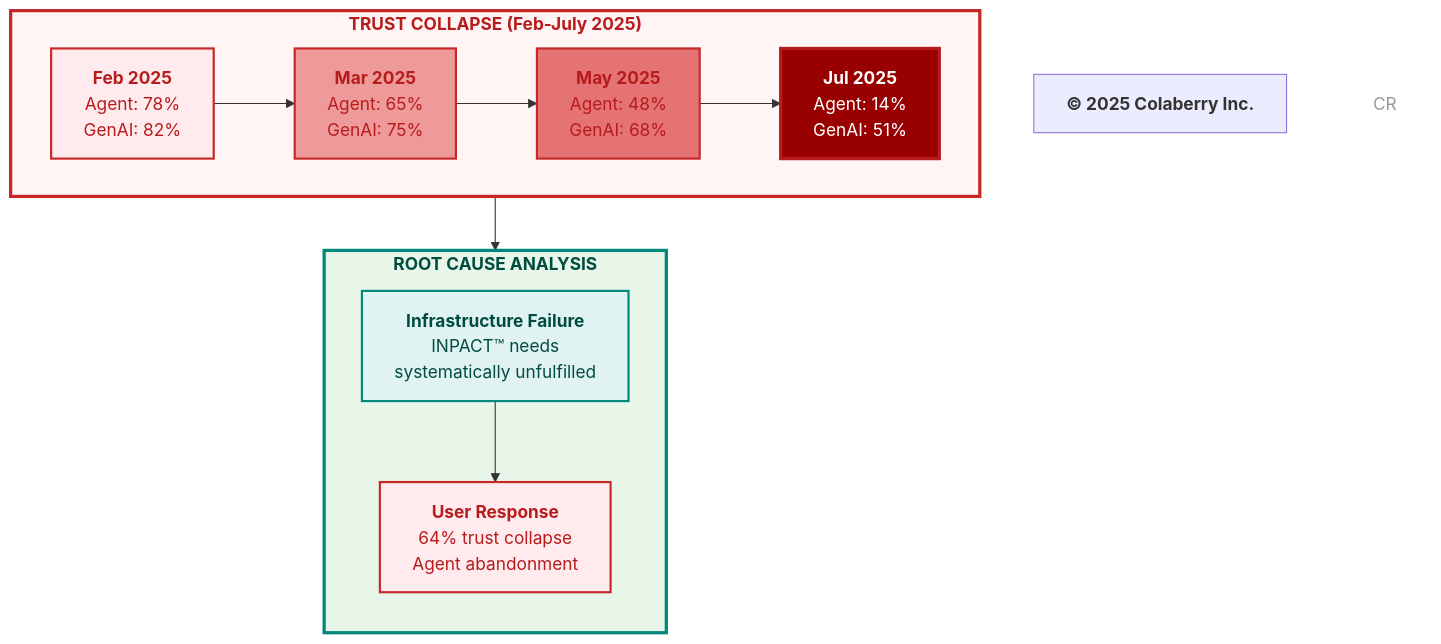
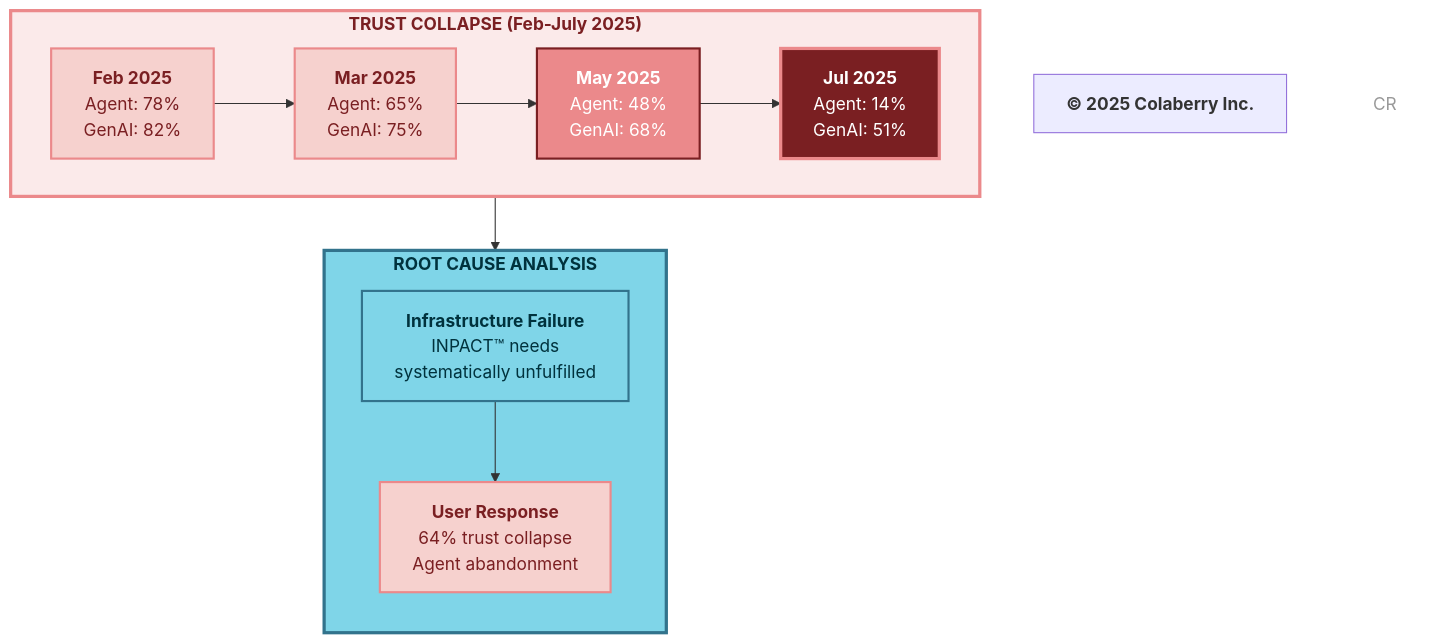
Before and after one commit to colaberry/trust-before-intelligence-book: the second of 6 diagrams in manuscript/02_chapter_1_why_agents_fail.md, drawn with Mermaid. The commit also changed other lines of this file, not shown here.

Commit message:
Update mermaid diagrams as per new coloberry color and contrast ratio for chapter 2

````diff
--- a/manuscript/02_chapter_1_why_agents_fail.md
+++ b/manuscript/02_chapter_1_why_agents_fail.md
@@ -133,41 +133,41 @@
 ```mermaid
 graph TB
     subgraph timeline["<b>TRUST COLLAPSE (Feb-July 2025)</b>"]
         direction LR
         
         FEB["<b>Feb 2025</b><br/>Agent: 78%<br/>GenAI: 82%"]
         
         MAR["<b>Mar 2025</b><br/>Agent: 65%<br/>GenAI: 75%"]
         
         MAY["<b>May 2025</b><br/>Agent: 48%<br/>GenAI: 68%"]
         
         JUL["<b>Jul 2025</b><br/>Agent: 14%<br/>GenAI: 51%"]
         
         FEB --> MAR --> MAY --> JUL
     end
     
     subgraph analysis["<b>ROOT CAUSE ANALYSIS</b>"]
         direction TB
         
         CAUSE["<b>Infrastructure Failure</b><br/>INPACT™ needs<br/>systematically unfulfilled"]
         
         RESULT["<b>User Response</b><br/>64% trust collapse<br/>Agent abandonment"]
         
         CAUSE --> RESULT
     end
     
     timeline --> analysis
     
-    style timeline fill:#fff5f5,stroke:#c62828,stroke-width:3px,color:#b71c1c
-    style FEB fill:#ffebee,stroke:#c62828,stroke-width:2px,color:#b71c1c
-    style MAR fill:#ef9a9a,stroke:#c62828,stroke-width:2px,color:#b71c1c
-    style MAY fill:#e57373,stroke:#c62828,stroke-width:2px,color:#b71c1c
-    style JUL fill:#990000,stroke:#b71c1c,stroke-width:3px,color:#ffffff
+    style timeline fill:#FBEAEA,stroke:#EB898B,stroke-width:3px,color:#7A1F22
+    style FEB fill:#F6D1CE,stroke:#EB898B,stroke-width:2px,color:#7A1F22
+    style MAR fill:#F6D1CE,stroke:#EB898B,stroke-width:2px,color:#7A1F22
+    style MAY fill:#EB898B,stroke:#7A1F22,stroke-width:2px,color:#ffffff
+    style JUL fill:#7A1F22,stroke:#EB898B,stroke-width:3px,color:#ffffff
     
-    style analysis fill:#e8f5e9,stroke:#00897b,stroke-width:3px,color:#004d40
-    style CAUSE fill:#e0f2f1,stroke:#00897b,stroke-width:2px,color:#004d40
-    style RESULT fill:#ffebee,stroke:#c62828,stroke-width:2px,color:#b71c1c
+    style analysis fill:#7FD5E8,stroke:#32738C,stroke-width:3px,color:#00323D
+    style CAUSE fill:#7FD5E8,stroke:#32738C,stroke-width:2px,color:#00323D
+    style RESULT fill:#F6D1CE,stroke:#EB898B,stroke-width:2px,color:#7A1F22
     
     Copyright["<b>© 2025 Colaberry Inc.</b>"]
     style CR fill:none,stroke:none,color:#999999
 ```
````
